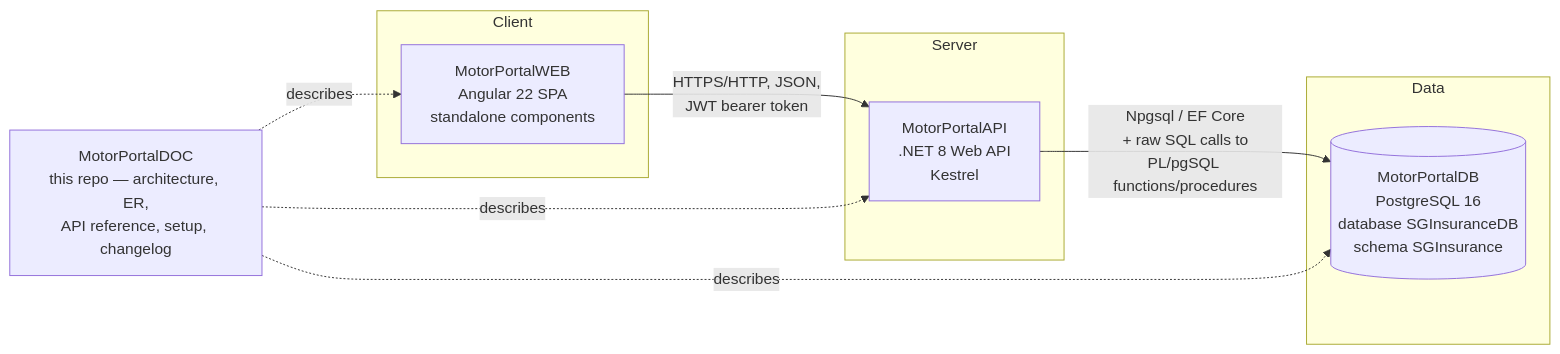
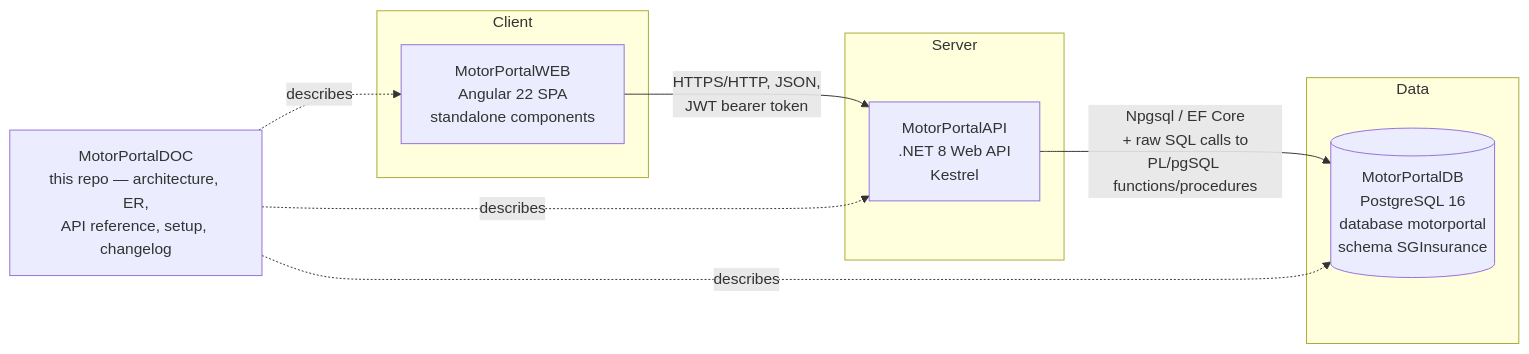
Before and after one commit to imsunilg/MotorPortalDOC: the first of 2 diagrams in docs/architecture.md, drawn with Mermaid. The commit also changed 3 other files, not shown here.

Commit message:
docs: update database name references from SGInsuranceDB to motorportal

````diff
--- a/docs/architecture.md
+++ b/docs/architecture.md
@@ -11,19 +11,19 @@
 ```mermaid
 graph LR
     subgraph Client
         WEB[MotorPortalWEB<br/>Angular 22 SPA<br/>standalone components]
     end
     subgraph Server
         API[MotorPortalAPI<br/>.NET 8 Web API<br/>Kestrel]
     end
     subgraph Data
-        DB[(MotorPortalDB<br/>PostgreSQL 16<br/>database SGInsuranceDB<br/>schema SGInsurance)]
+        DB[(MotorPortalDB<br/>PostgreSQL 16<br/>database motorportal<br/>schema SGInsurance)]
     end
     DOC[MotorPortalDOC<br/>this repo — architecture, ER,<br/>API reference, setup, changelog]
 
     WEB -- "HTTPS/HTTP, JSON,<br/>JWT bearer token" --> API
     API -- "Npgsql / EF Core<br/>+ raw SQL calls to<br/>PL/pgSQL functions/procedures" --> DB
     DOC -. describes .-> WEB
     DOC -. describes .-> API
     DOC -. describes .-> DB
 ```
````
